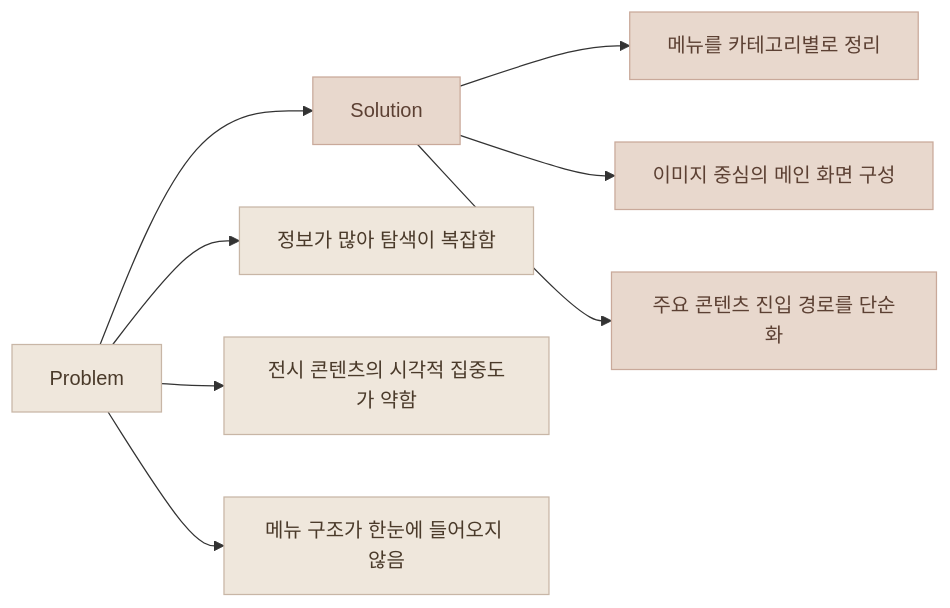
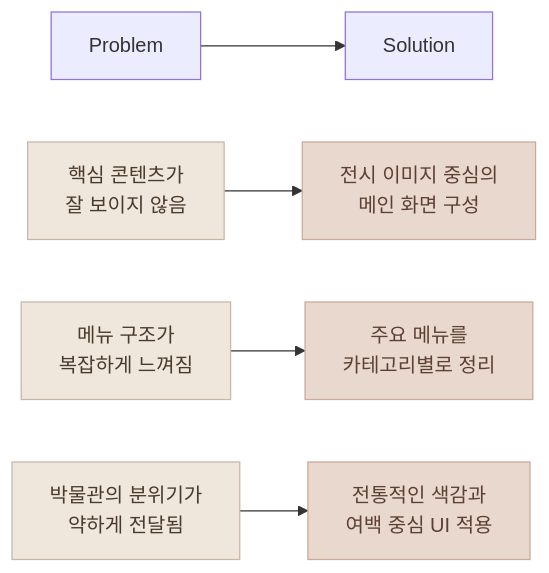
One commit to hyunjaeha/redesign-project changed the fourth of 5 diagrams in README.md. Above: the diagram before and after it, drawn with Mermaid. The commit also changed other lines of this file, not shown here.

Commit message:
README 수정

````diff
--- a/README.md
+++ b/README.md
@@ -152,18 +151,14 @@
 ```mermaid
 flowchart LR
     A[Problem] --> B[Solution]
 
-    A --> A1[정보가 많아 탐색이 복잡함]
-    A --> A2[전시 콘텐츠의 시각적 집중도가 약함]
-    A --> A3[메뉴 구조가 한눈에 들어오지 않음]
-
-    B --> B1[메뉴를 카테고리별로 정리]
-    B --> B2[이미지 중심의 메인 화면 구성]
-    B --> B3[주요 콘텐츠 진입 경로를 단순화]
+    A1[핵심 콘텐츠가<br/>잘 보이지 않음] --> B1[전시 이미지 중심의<br/>메인 화면 구성]
+    A2[메뉴 구조가<br/>복잡하게 느껴짐] --> B2[주요 메뉴를<br/>카테고리별로 정리]
+    A3[박물관의 분위기가<br/>약하게 전달됨] --> B3[전통적인 색감과<br/>여백 중심 UI 적용]
 
     classDef problem fill:#EFE7DC,color:#4A3A2A,stroke:#C8B6A6;
     classDef solution fill:#E8D8CD,color:#5C4033,stroke:#C9A99A;
 
-    class A,A1,A2,A3 problem;
-    class B,B1,B2,B3 solution;
+    class A1,A2,A3 problem;
+    class B1,B2,B3 solution;
 ```
````
